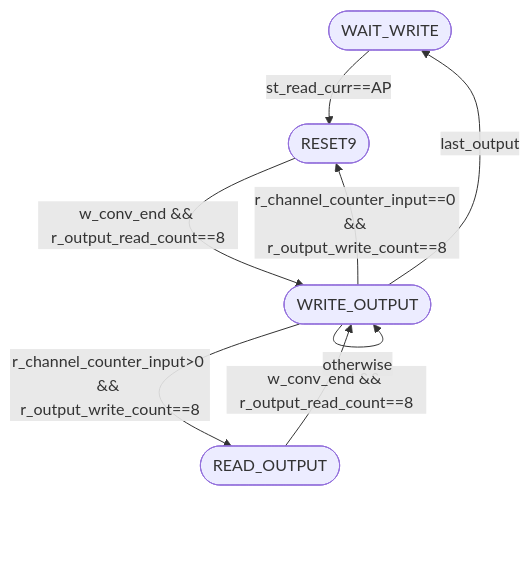
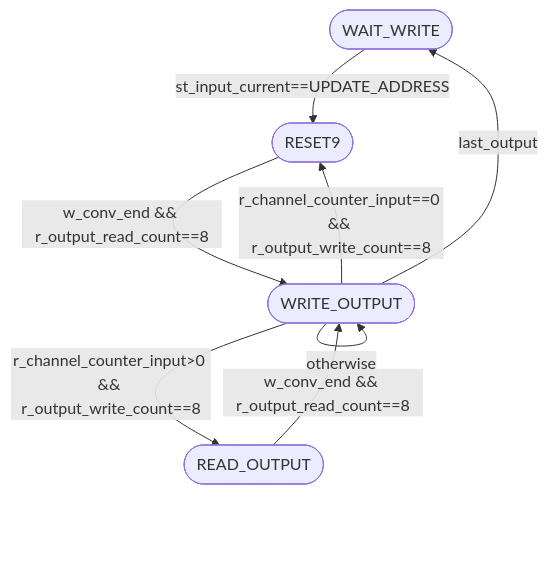
The third of 3 diagrams in rtl/control/README.md (tarsioonofrio/FastConv_SystemVerilog), drawn with Mermaid before and after one commit. The commit also changed other lines of this file and 1 other file, not shown here.

````diff
--- a/rtl/control/README.md
+++ b/rtl/control/README.md
@@ -99,10 +106,10 @@
 ```mermaid
 flowchart TB
-    WW(["WAIT_WRITE"]) -->|"st_read_curr==AP"| Z(["RESET9"])
+    WW(["WAIT_WRITE"]) -->|"st_input_current==UPDATE_ADDRESS"| Z(["RESET9"])
     Z -->|"w_conv_end && r_output_read_count==8"| WR(["WRITE_OUTPUT"])
     R(["READ_OUTPUT"]) -->|"w_conv_end && r_output_read_count==8"| WR
     WR -->|"r_channel_counter_input==0 && r_output_write_count==8"| Z
     WR -->|"r_channel_counter_input>0 && r_output_write_count==8"| R
     WR -->|"last_output"| WW
     WR -->|"otherwise"| WR
 ```
````
